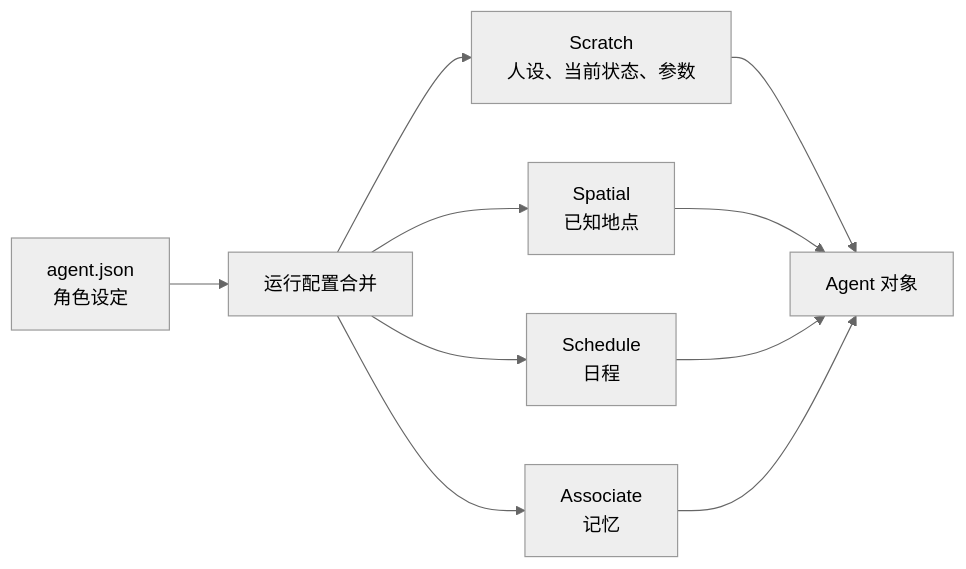
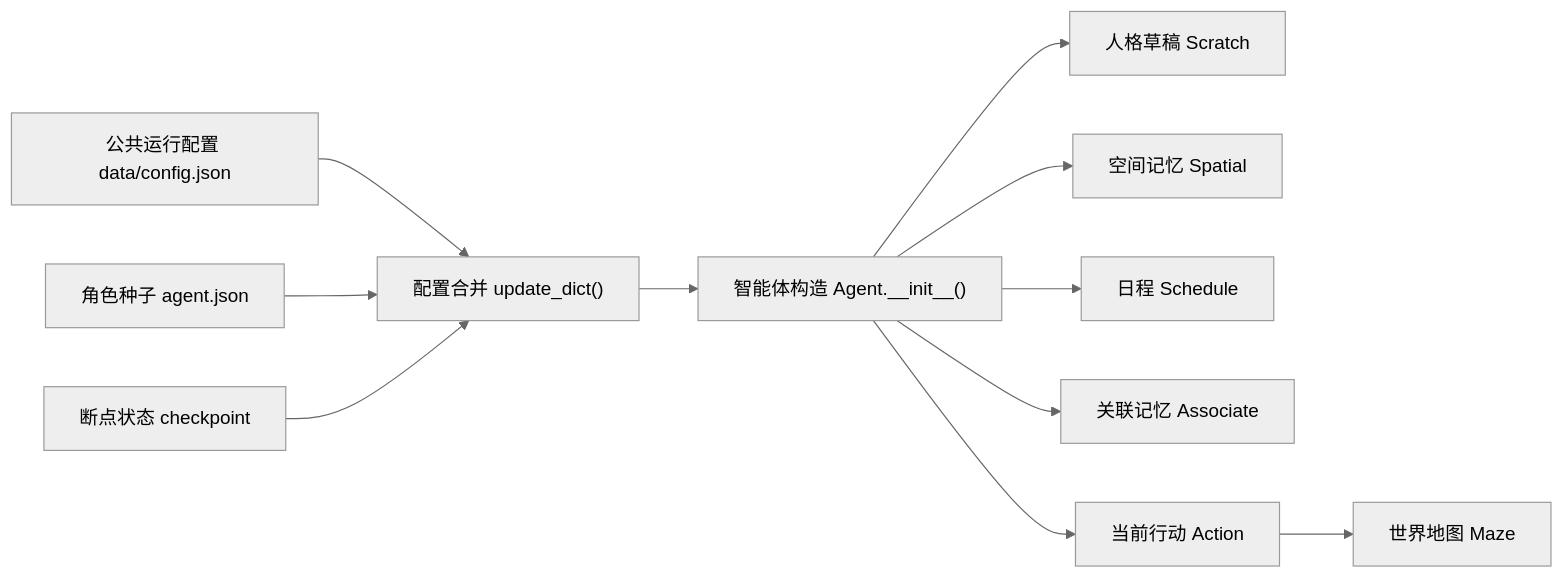
Before and after one commit to tbkken/GenerativeAgentsCN: the first of 3 diagrams in docs/book/manuscript/part_03/chapter_15.md, drawn with Mermaid (neutral theme). The commit also changed other lines of this file and 5 other files, not shown here.

````diff
--- a/docs/book/manuscript/part_03/chapter_15.md
+++ b/docs/book/manuscript/part_03/chapter_15.md
@@ -41,12 +16,13 @@
 ```mermaid
 flowchart LR
-    JSON["agent.json<br/>角色设定"] --> Config["运行配置合并"]
-    Config --> Scratch["Scratch<br/>人设、当前状态、参数"]
-    Config --> Spatial["Spatial<br/>已知地点"]
-    Config --> Schedule["Schedule<br/>日程"]
-    Config --> Associate["Associate<br/>记忆"]
-    Scratch --> Agent["Agent 对象"]
-    Spatial --> Agent
-    Schedule --> Agent
-    Associate --> Agent
+    Base["公共运行配置 data/config.json"] --> Merge["配置合并 update_dict()"]
+    Seed["角色种子 agent.json"] --> Merge
+    Resume["断点状态 checkpoint"] --> Merge
+    Merge --> Init["智能体构造 Agent.__init__()"]
+    Init --> Scratch["人格草稿 Scratch"]
+    Init --> Spatial["空间记忆 Spatial"]
+    Init --> Schedule["日程 Schedule"]
+    Init --> Associate["关联记忆 Associate"]
+    Init --> Action["当前行动 Action"]
+    Action --> Maze["世界地图 Maze"]
 ```
````
